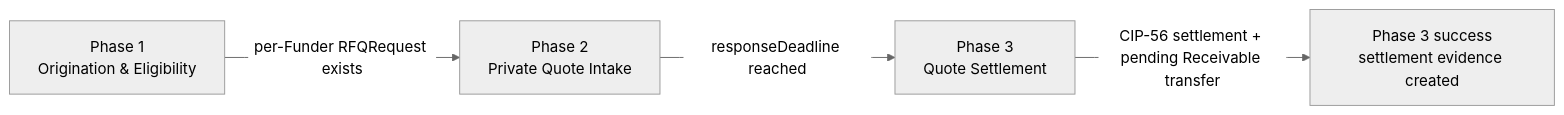
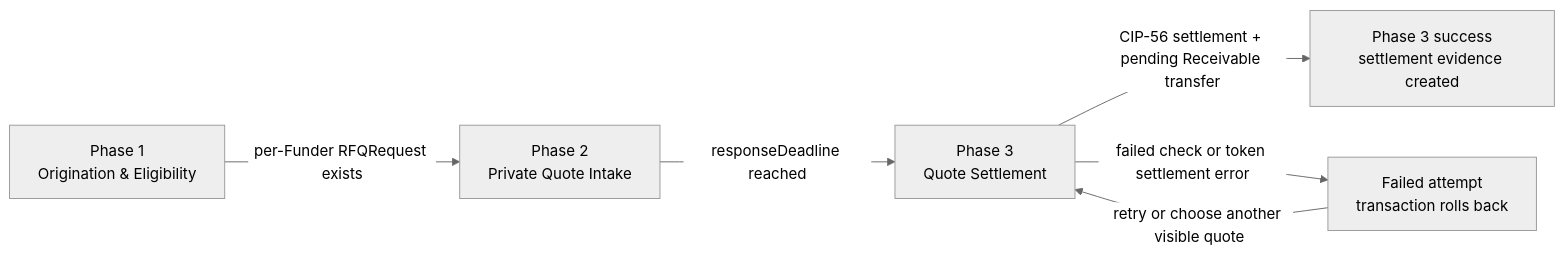
One commit to no-witness-labs/canton-hackathon-cloakRFQ changed the first of 10 diagrams in docs/technical-design/005-workflow-diagrams.md. Above: the diagram before and after it, drawn with Mermaid (neutral theme). The commit also changed other lines of this file and 3 other files, not shown here.

Commit message:
test(ledger): cover failed settlement fallback

````diff
--- a/docs/technical-design/005-workflow-diagrams.md
+++ b/docs/technical-design/005-workflow-diagrams.md
@@ -11,11 +11,14 @@
 ```mermaid
 flowchart LR
     P1["Phase 1<br/>Origination & Eligibility"]
     P2["Phase 2<br/>Private Quote Intake"]
     P3["Phase 3<br/>Quote Settlement"]
     End["Phase 3 success<br/>settlement evidence created"]
+    Fail["Failed attempt<br/>transaction rolls back"]
 
     P1 -->|"per-Funder RFQRequest exists"| P2
     P2 -->|"responseDeadline reached"| P3
     P3 -->|"CIP-56 settlement + pending Receivable transfer"| End
+    P3 -->|"failed check or token settlement error"| Fail
+    Fail -->|"retry or choose another visible quote"| P3
 ```
````
